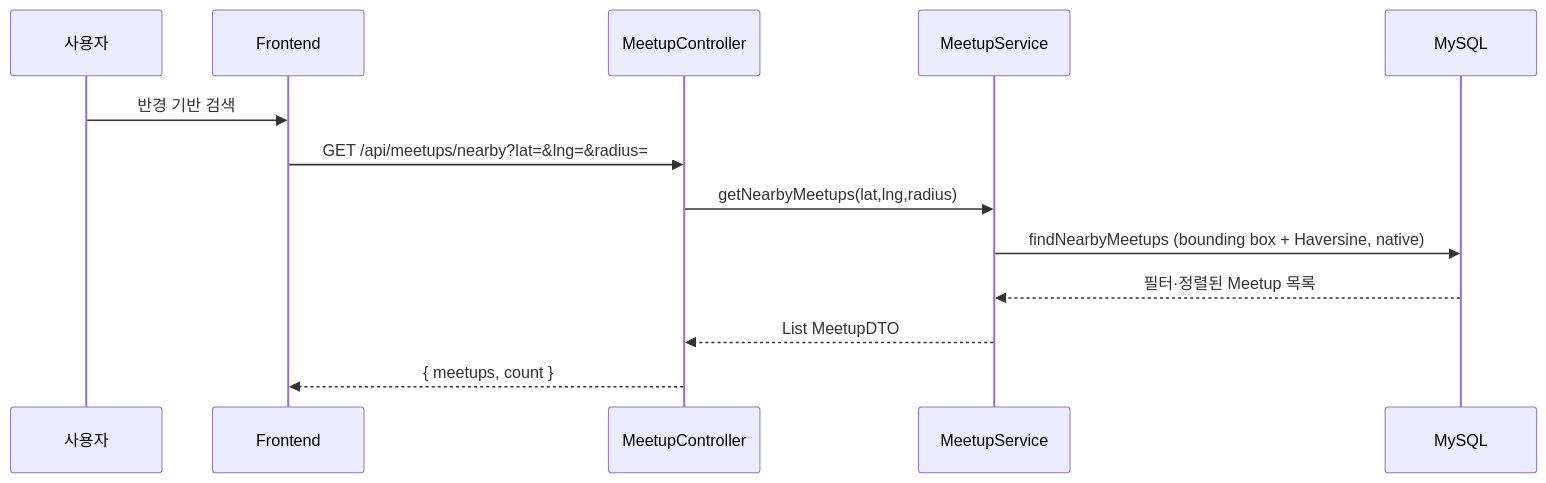
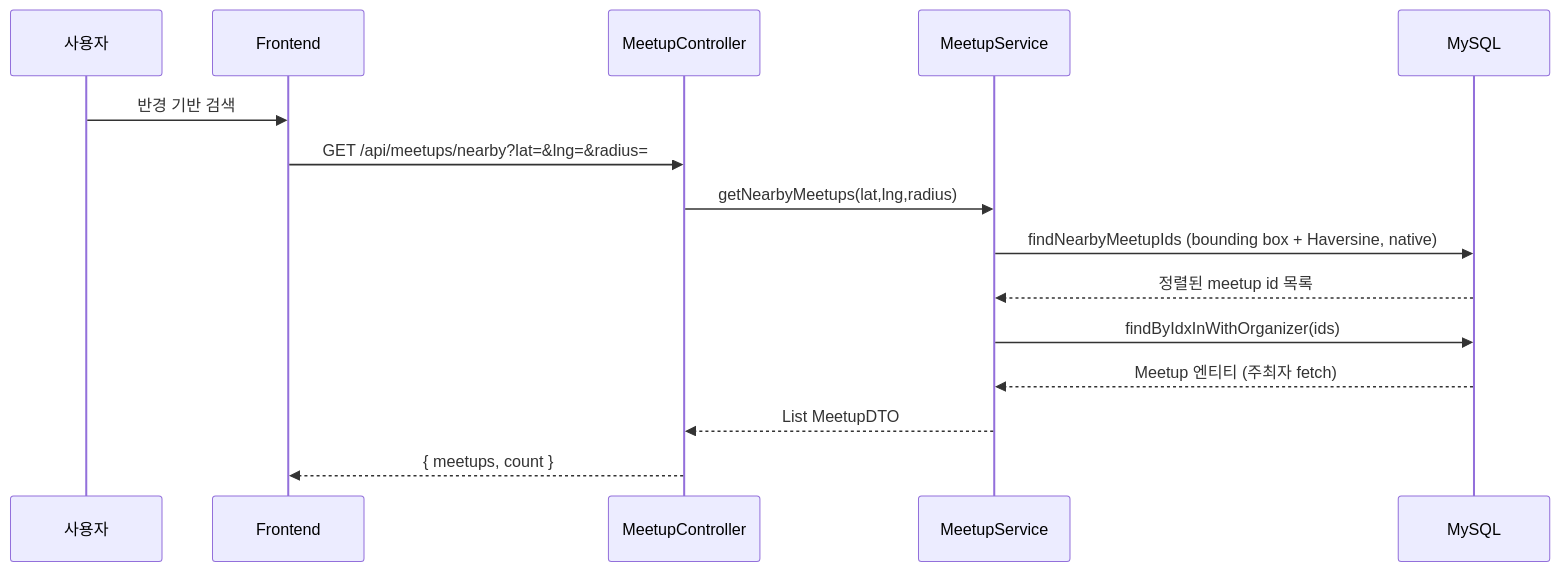
The fourth of 4 diagrams in docs/architecture/산책 & 오프라인 모임 아키텍처.md (makkong1/Petory), drawn with Mermaid before and after one commit. The commit also changed other lines of this file and 29 other files, not shown here.

````diff
--- a/docs/architecture/산책 & 오프라인 모임 아키텍처.md
+++ b/docs/architecture/산책 & 오프라인 모임 아키텍처.md
@@ -340,16 +329,18 @@
 ```mermaid
 sequenceDiagram
     participant User as 사용자
     participant Frontend
     participant MeetupController
     participant MeetupService
     participant MySQL
     
     User->>Frontend: 반경 기반 검색
     Frontend->>MeetupController: GET /api/meetups/nearby?lat=&lng=&radius=
     MeetupController->>MeetupService: getNearbyMeetups(lat,lng,radius)
-    MeetupService->>MySQL: findNearbyMeetups (bounding box + Haversine, native)
-    MySQL-->>MeetupService: 필터·정렬된 Meetup 목록
+    MeetupService->>MySQL: findNearbyMeetupIds (bounding box + Haversine, native)
+    MySQL-->>MeetupService: 정렬된 meetup id 목록
+    MeetupService->>MySQL: findByIdxInWithOrganizer(ids)
+    MySQL-->>MeetupService: Meetup 엔티티 (주최자 fetch)
     MeetupService-->>MeetupController: List MeetupDTO
     MeetupController-->>Frontend: { meetups, count }
 ```
````
